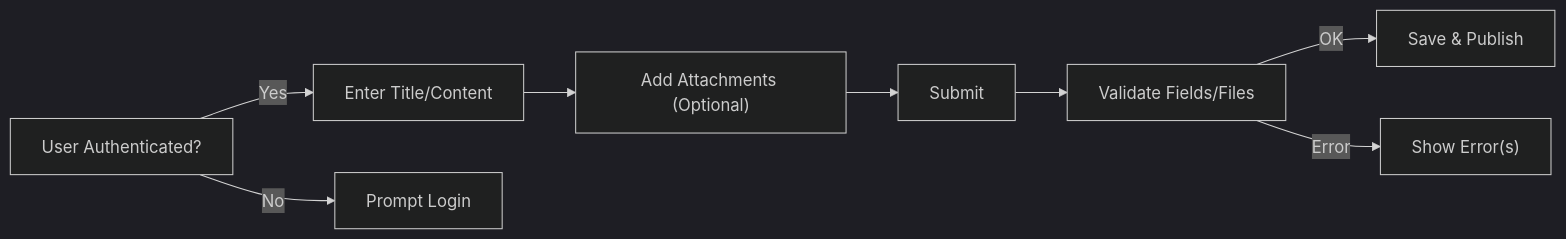
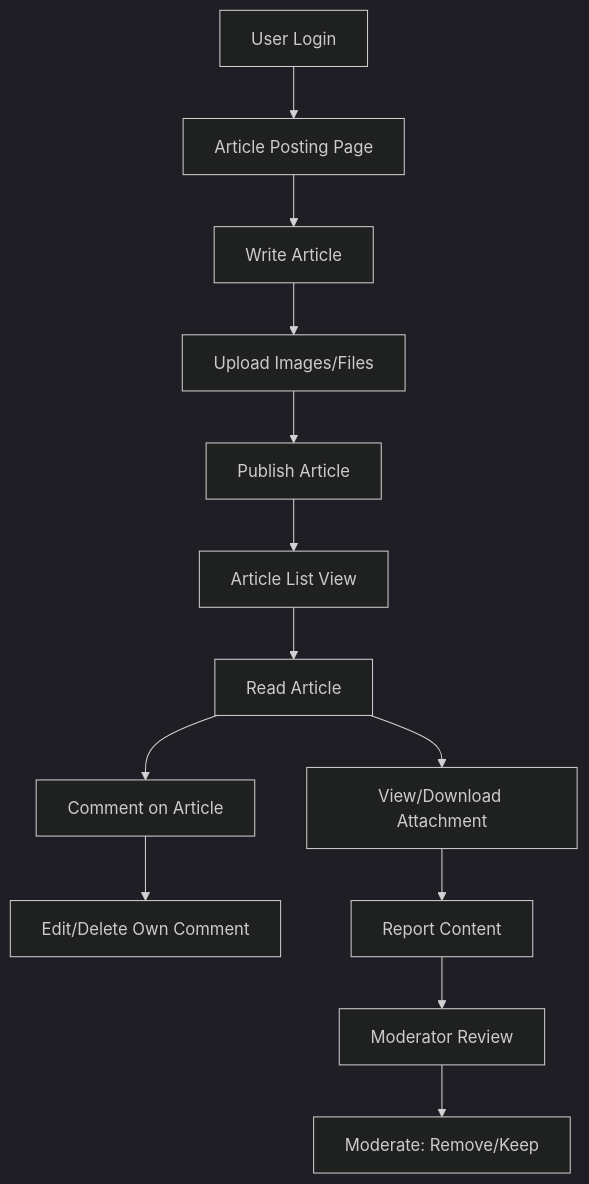
One commit to wrtnlabs/autobe-examples changed the diagram in openai/gpt-4.1/bbs/docs/analysis/00-toc.md. Above: the diagram before and after it, drawn with Mermaid (dark theme). The commit also changed other lines of this file and 3569 other files, not shown here.

````diff
--- a/openai/gpt-4.1/bbs/docs/analysis/00-toc.md
+++ b/openai/gpt-4.1/bbs/docs/analysis/00-toc.md
@@ -75,10 +52,15 @@
 ```mermaid
-graph LR
-  A["User Authenticated?"] -->|"Yes"| B["Enter Title/Content"]
-  B --> C["Add Attachments (Optional)"]
-  C --> D["Submit"]
-  D --> E["Validate Fields/Files"]
-  E -->|"OK"| F["Save & Publish"]
-  E -->|"Error"| G["Show Error(s)"]
-  A -->|"No"| X["Prompt Login"]
+flowchart TD
+    A["User Login"] --> B["Article Posting Page"]
+    B --> C["Write Article"]
+    C --> D["Upload Images/Files"]
+    D --> E["Publish Article"]
+    E --> F["Article List View"]
+    F --> G["Read Article"]
+    G --> H["Comment on Article"]
+    H --> I["Edit/Delete Own Comment"]
+    G --> J["View/Download Attachment"]
+    J --> K["Report Content"]
+    K --> L["Moderator Review"]
+    L --> M["Moderate: Remove/Keep"]
 ```
````
